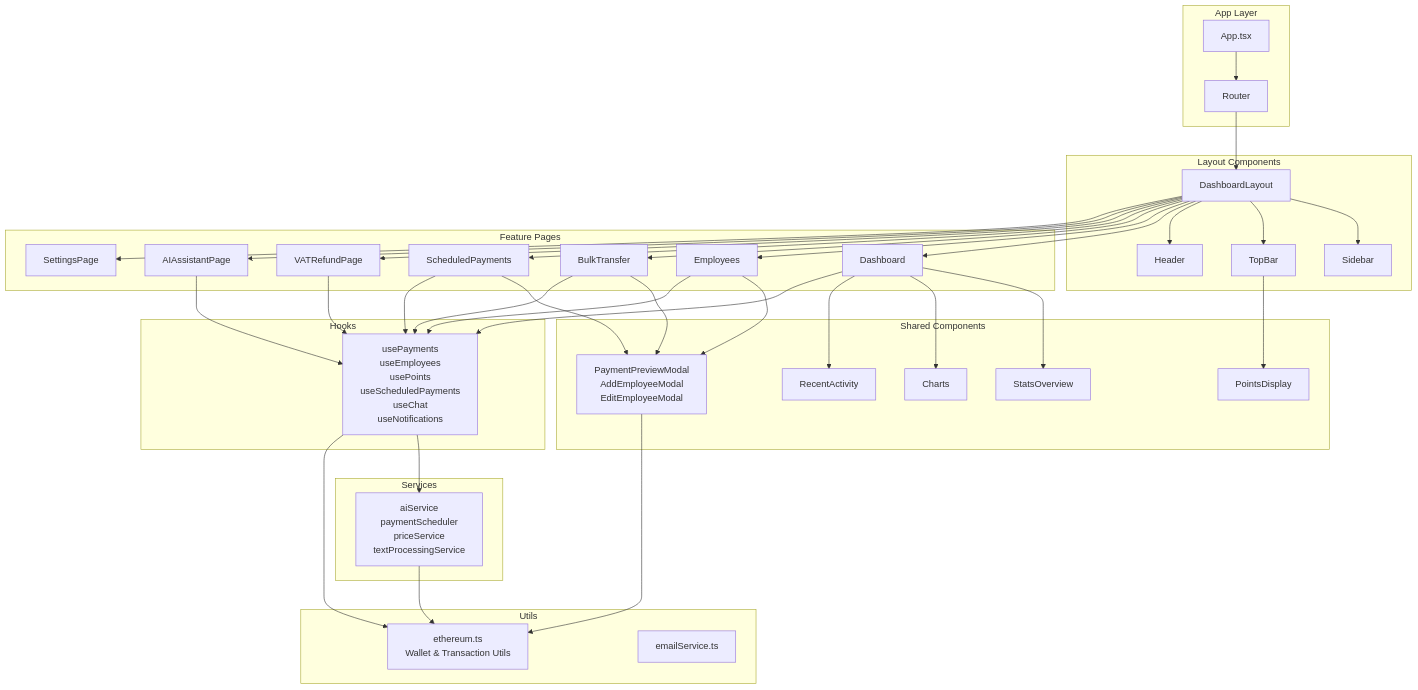
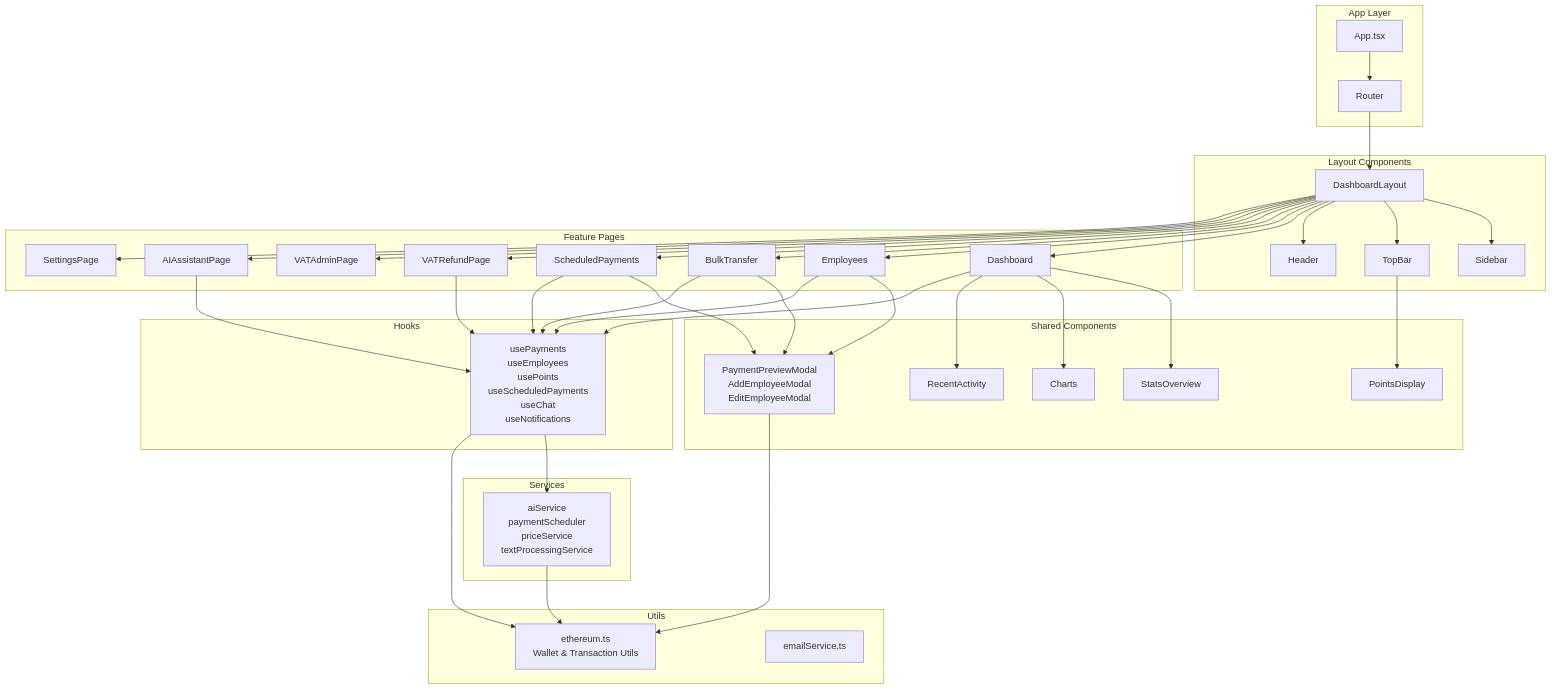
One commit to AmaanSayyad/Gemetra-Mnee changed the eighth of 9 diagrams in README.md. Above: the diagram before and after it, drawn with Mermaid. The commit also changed other lines of this file, not shown here.

````diff
--- a/README.md
+++ b/README.md
@@ -433,79 +437,81 @@
 ```mermaid
 graph TB
     subgraph "App Layer"
         APP[App.tsx]
         ROUTER[Router]
     end
     
     subgraph "Layout Components"
         LAYOUT[DashboardLayout]
         SIDEBAR[Sidebar]
         TOPBAR[TopBar]
         HEADER[Header]
     end
     
     subgraph "Feature Pages"
         DASHBOARD[Dashboard]
         EMPLOYEES[Employees]
         PAYMENTS[BulkTransfer]
         SCHEDULED[ScheduledPayments]
         VAT[VATRefundPage]
+        VATADMIN[VATAdminPage]
         AI[AIAssistantPage]
         SETTINGS[SettingsPage]
     end
     
     subgraph "Shared Components"
         MODALS[PaymentPreviewModal<br/>AddEmployeeModal<br/>EditEmployeeModal]
         CHARTS[Charts]
         STATS[StatsOverview]
         ACTIVITY[RecentActivity]
         POINTS[PointsDisplay]
     end
     
     subgraph "Hooks"
         HOOKS[usePayments<br/>useEmployees<br/>usePoints<br/>useScheduledPayments<br/>useChat<br/>useNotifications]
     end
     
     subgraph "Services"
         SERVICES[aiService<br/>paymentScheduler<br/>priceService<br/>textProcessingService]
     end
     
     subgraph "Utils"
         ETH[ethereum.ts<br/>Wallet & Transaction Utils]
         EMAIL[emailService.ts]
     end
     
     APP --> ROUTER
     ROUTER --> LAYOUT
     LAYOUT --> SIDEBAR
     LAYOUT --> TOPBAR
     LAYOUT --> HEADER
     LAYOUT --> DASHBOARD
     LAYOUT --> EMPLOYEES
     LAYOUT --> PAYMENTS
     LAYOUT --> SCHEDULED
     LAYOUT --> VAT
+    LAYOUT --> VATADMIN
     LAYOUT --> AI
     LAYOUT --> SETTINGS
     
     DASHBOARD --> STATS
     DASHBOARD --> CHARTS
     DASHBOARD --> ACTIVITY
     TOPBAR --> POINTS
     
     EMPLOYEES --> MODALS
     PAYMENTS --> MODALS
     SCHEDULED --> MODALS
     
     DASHBOARD --> HOOKS
     EMPLOYEES --> HOOKS
     PAYMENTS --> HOOKS
     SCHEDULED --> HOOKS
     VAT --> HOOKS
     AI --> HOOKS
     
     HOOKS --> SERVICES
     HOOKS --> ETH
     SERVICES --> ETH
     MODALS --> ETH
 ```
````
